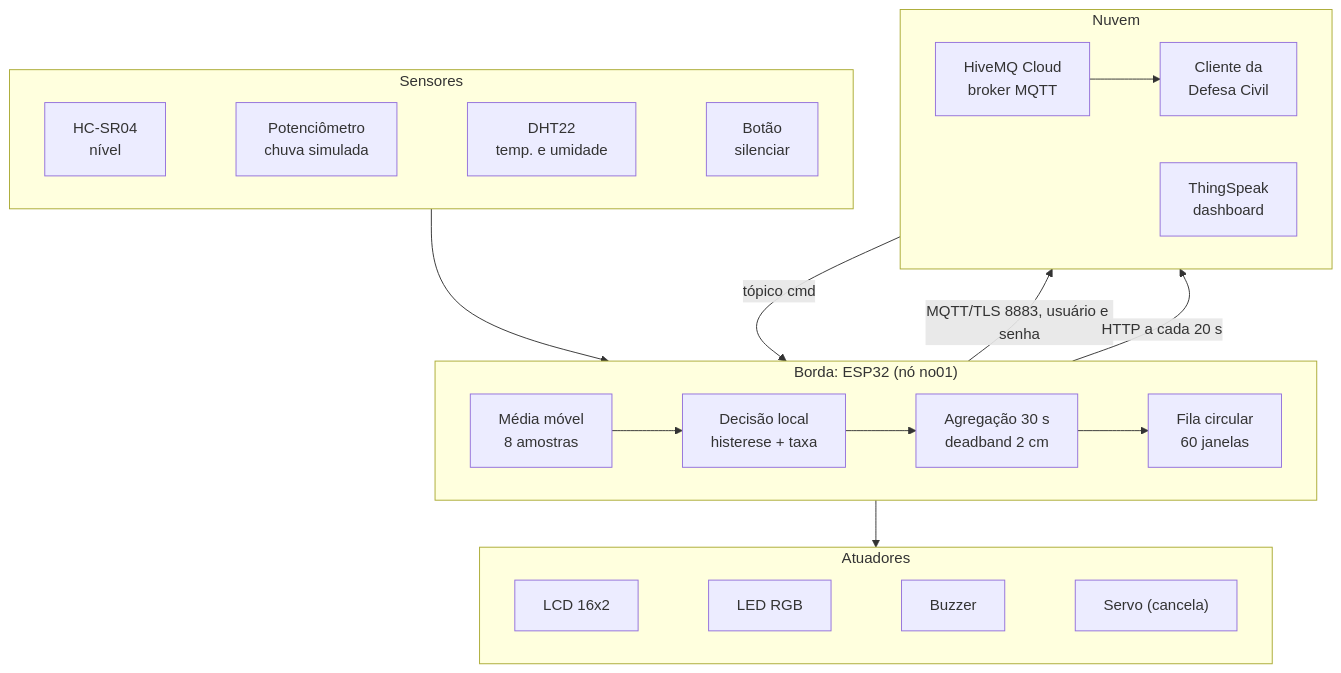
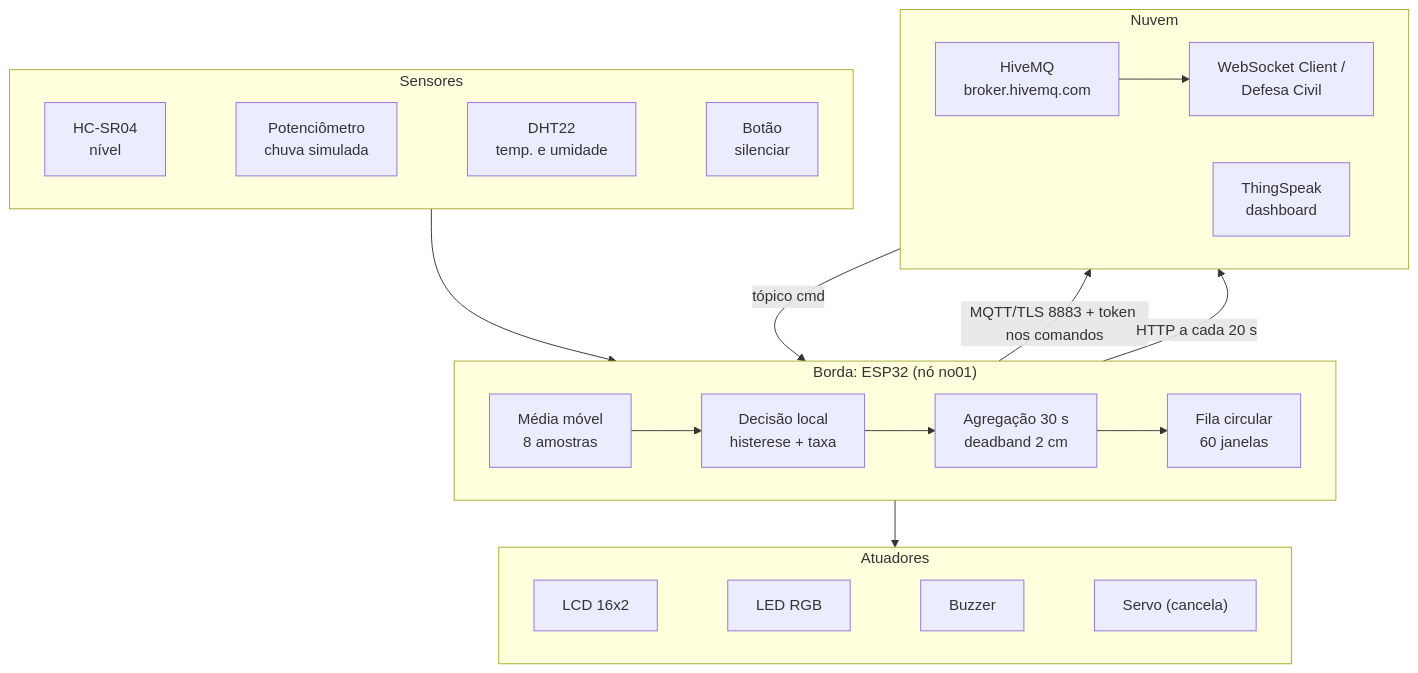
The diagram in docs/diagramas/arquitetura.mmd (mykofonseca/sentinela-pirajucara), drawn with Mermaid before and after one commit. The commit also changed 10 other files, not shown here.

Commit message:
Troca HiveMQ Cloud pelo broker público com token nos comandos

```diff
--- a/docs/diagramas/arquitetura.mmd
+++ b/docs/diagramas/arquitetura.mmd
@@ -1,23 +1,23 @@
 flowchart TB
   subgraph S["Sensores"]
     direction LR
     US["HC-SR04<br/>nível"] ~~~ PT["Potenciômetro<br/>chuva simulada"] ~~~ DH["DHT22<br/>temp. e umidade"] ~~~ BT["Botão<br/>silenciar"]
   end
   subgraph B["Borda: ESP32 (nó no01)"]
     direction LR
     F["Média móvel<br/>8 amostras"] --> D["Decisão local<br/>histerese + taxa"] --> A["Agregação 30 s<br/>deadband 2 cm"] --> Q["Fila circular<br/>60 janelas"]
   end
   subgraph AT["Atuadores"]
     direction LR
     LCD["LCD 16x2"] ~~~ RGB["LED RGB"] ~~~ BZ["Buzzer"] ~~~ SV["Servo (cancela)"]
   end
   subgraph N["Nuvem"]
     direction LR
-    H["HiveMQ Cloud<br/>broker MQTT"] --> C["Cliente da<br/>Defesa Civil"]
+    H["HiveMQ<br/>broker.hivemq.com"] --> C["WebSocket Client /<br/>Defesa Civil"]
     T["ThingSpeak<br/>dashboard"]
   end
   S --> B
   B --> AT
-  B -- "MQTT/TLS 8883, usuário e senha" --> H
+  B -- "MQTT/TLS 8883 + token nos comandos" --> H
   H -- "tópico cmd" --> B
   B -- "HTTP a cada 20 s" --> T
```
